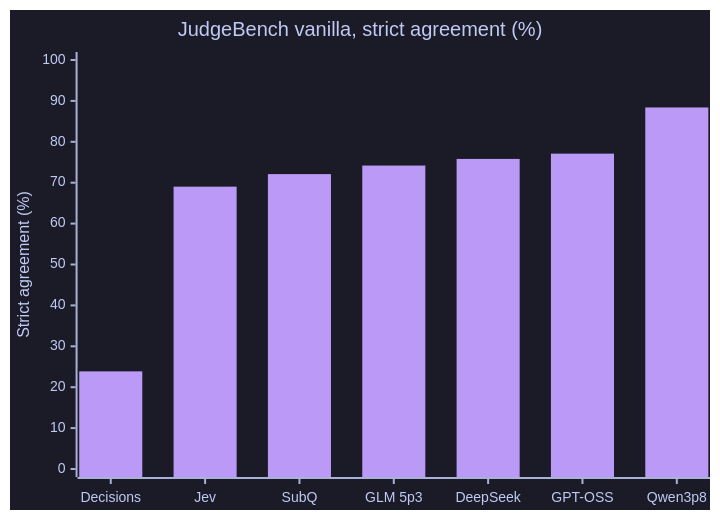
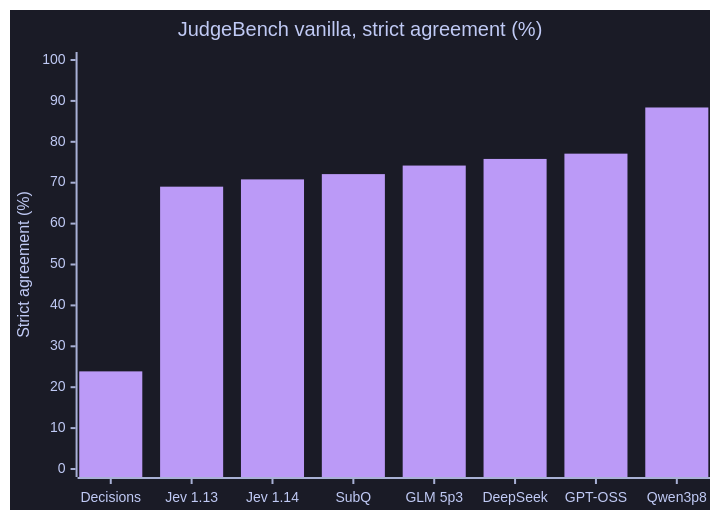
The second of 2 diagrams in experiments/jev-vs-LLM-for-evals/README.md (dorkitude/decision-model-testing), drawn with Mermaid before and after one commit. The commit also changed other lines of this file and 43 other files, not shown here.

First line of the commit message:
Add Jev 1.14 to every study and include order-blind decisions

````diff
--- a/experiments/jev-vs-LLM-for-evals/README.md
+++ b/experiments/jev-vs-LLM-for-evals/README.md
@@ -73,8 +74,8 @@
 ```mermaid
 %%{init: {"theme": "base", "themeVariables": {"background": "#1a1b26", "xyChart": {"backgroundColor": "#1a1b26", "titleColor": "#c0caf5", "xAxisLabelColor": "#c0caf5", "xAxisTitleColor": "#c0caf5", "xAxisLineColor": "#a9b1d6", "xAxisTickColor": "#a9b1d6", "yAxisLabelColor": "#c0caf5", "yAxisTitleColor": "#c0caf5", "yAxisLineColor": "#a9b1d6", "yAxisTickColor": "#a9b1d6", "plotColorPalette": "#bb9af7"}}}}%%
 xychart-beta
     title "JudgeBench vanilla, strict agreement (%)"
-    x-axis ["Decisions", "Jev", "SubQ", "GLM 5p3", "DeepSeek", "GPT-OSS", "Qwen3p8"]
+    x-axis ["Decisions", "Jev 1.13", "Jev 1.14", "SubQ", "GLM 5p3", "DeepSeek", "GPT-OSS", "Qwen3p8"]
     y-axis "Strict agreement (%)" 0 --> 100
-    bar [23.87, 69.03, 72.10, 74.19, 75.81, 77.10, 88.39]
+    bar [23.87, 69.03, 70.81, 72.10, 74.19, 75.81, 77.10, 88.39]
 ```
````
